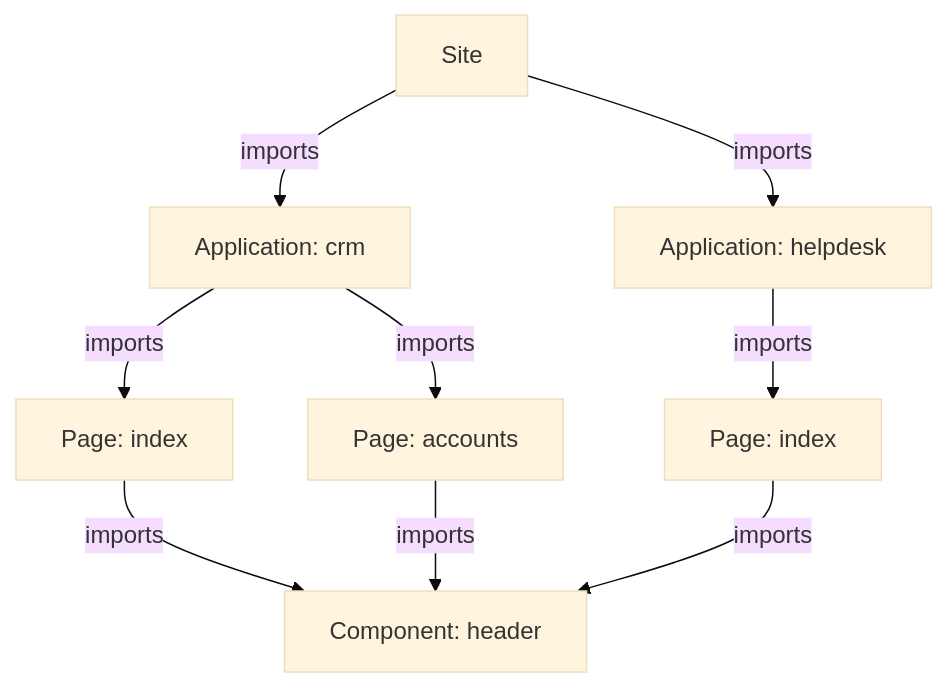
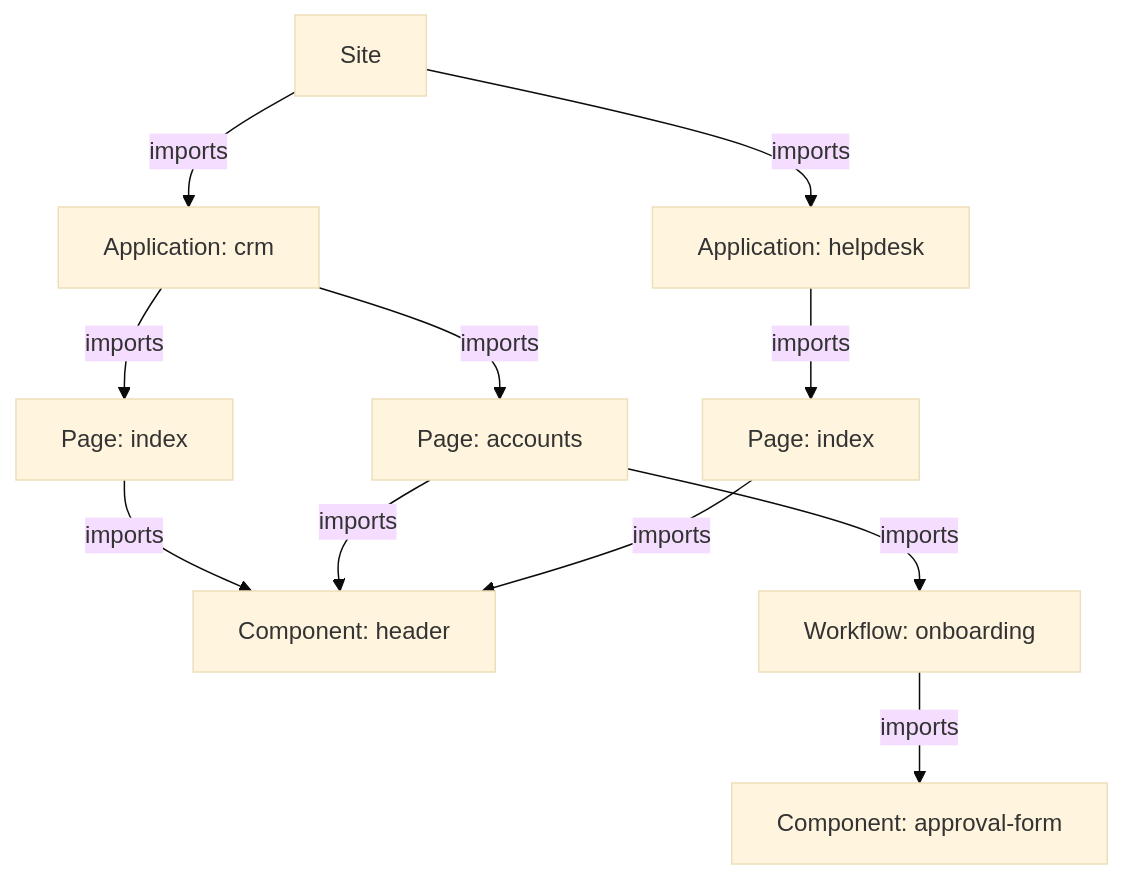
Before and after one commit to taskmigo/docs: the diagram in content/versions/v0/architecture.mdx, drawn with Mermaid (base theme). The commit also changed other lines of this file, not shown here.

Commit message:
Integrate workflow into architecture

````diff
--- a/content/versions/v0/architecture.mdx
+++ b/content/versions/v0/architecture.mdx
@@ -18,11 +18,13 @@
 ```mermaid
 flowchart TD
   site["Site"] -->|imports| crm["Application: crm"]
   site -->|imports| helpdesk["Application: helpdesk"]
   crm -->|imports| crmIndex["Page: index"]
   crm -->|imports| accounts["Page: accounts"]
   helpdesk -->|imports| helpdeskIndex["Page: index"]
   crmIndex -->|imports| header["Component: header"]
   accounts -->|imports| header
   helpdeskIndex -->|imports| header
+  accounts -->|imports| onboarding["Workflow: onboarding"]
+  onboarding -->|imports| approval["Component: approval-form"]
 ```
````
